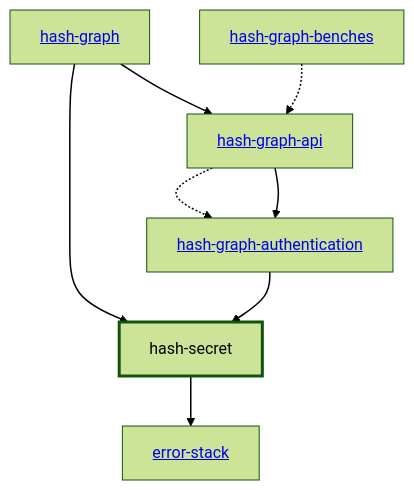
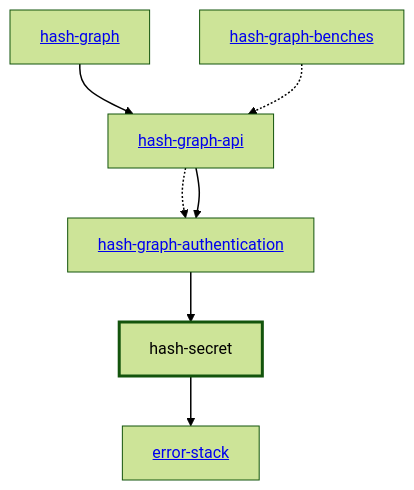
Before and after one commit to hashintel/hash: the diagram in libs/@local/secret/docs/dependency-diagram.mmd, drawn with Mermaid (forest theme). The commit also changed 10 other files, not shown here.

```diff
--- a/libs/@local/secret/docs/dependency-diagram.mmd
+++ b/libs/@local/secret/docs/dependency-diagram.mmd
@@ -1,24 +1,23 @@
 graph TD
     linkStyle default stroke-width:1.5px
     classDef default stroke-width:1px
     classDef root stroke-width:3px
     classDef dev stroke-width:1px
     classDef build stroke-width:1px
     %% Legend
     %% --> : Normal dependency
     %% -.-> : Dev dependency
     %% ---> : Build dependency
     0[<a href="../hash_graph/index.html">hash-graph</a>]
     1[<a href="../hash_graph_api/index.html">hash-graph-api</a>]
     2[<a href="../hash_graph_authentication/index.html">hash-graph-authentication</a>]
     3[hash-secret]
     class 3 root
     4[<a href="../error_stack/index.html">error-stack</a>]
     5[<a href="../hash_graph_benches/index.html">hash-graph-benches</a>]
     0 --> 1
-    0 --> 3
     1 -.-> 2
     1 --> 2
     2 --> 3
     3 --> 4
     5 -.-> 1
```
